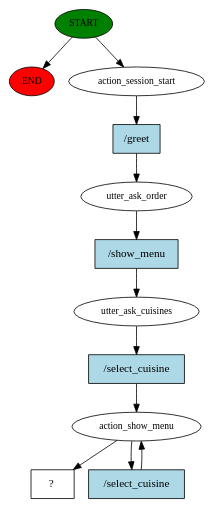
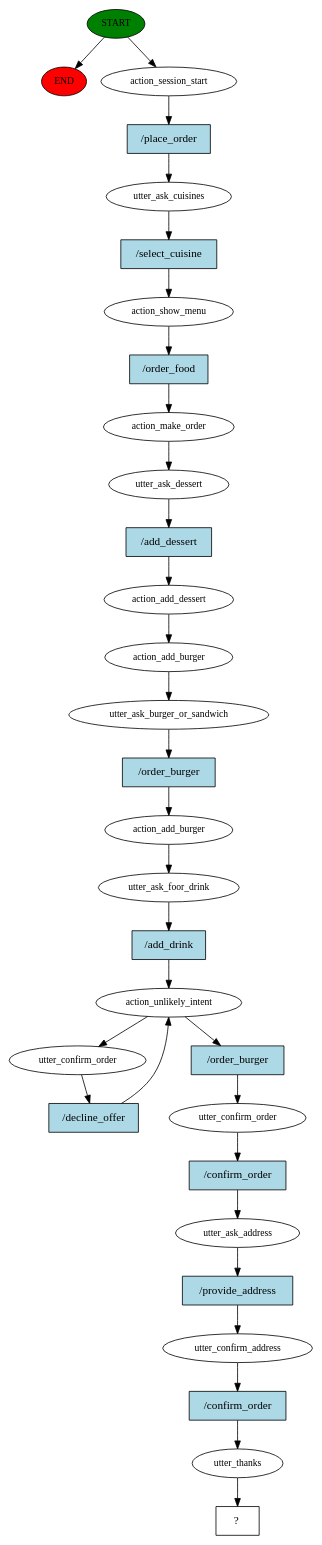
The diagram in story_graph.dot (m-aliabbas/resturant), drawn with Graphviz before and after one commit. The commit also changed 651 other files, not shown here.

```diff
--- a/story_graph.dot
+++ b/story_graph.dot
@@ -1,24 +1,62 @@
 digraph  {
 0 [class="start active", fillcolor=green, fontsize=12, label=START, style=filled];
 "-1" [class=end, fillcolor=red, fontsize=12, label=END, style=filled];
 1 [class=active, fontsize=12, label=action_session_start];
-2 [class=active, fontsize=12, label=utter_ask_order];
-3 [class=active, fontsize=12, label=utter_ask_cuisines];
-4 [class=active, fontsize=12, label=action_show_menu];
-6 [class="intent dashed active", label="  ?  ", shape=rect];
-7 [class="intent active", fillcolor=lightblue, label="/greet", shape=rect, style=filled];
-8 [class="intent active", fillcolor=lightblue, label="/show_menu", shape=rect, style=filled];
-9 [class="intent active", fillcolor=lightblue, label="/select_cuisine", shape=rect, style=filled];
-10 [class="intent active", fillcolor=lightblue, label="/select_cuisine", shape=rect, style=filled];
+2 [class=active, fontsize=12, label=utter_ask_cuisines];
+3 [class=active, fontsize=12, label=action_show_menu];
+4 [class=active, fontsize=12, label=action_make_order];
+5 [class=active, fontsize=12, label=utter_ask_dessert];
+6 [class=active, fontsize=12, label=action_add_dessert];
+7 [class=active, fontsize=12, label=action_add_burger];
+8 [class=active, fontsize=12, label=utter_ask_burger_or_sandwich];
+9 [class=active, fontsize=12, label=action_add_burger];
+10 [class=active, fontsize=12, label=utter_ask_foor_drink];
+11 [class=active, fontsize=12, label=action_unlikely_intent];
+12 [class=active, fontsize=12, label=utter_confirm_order];
+14 [class=active, fontsize=12, label=utter_confirm_order];
+15 [class=active, fontsize=12, label=utter_ask_address];
+16 [class=active, fontsize=12, label=utter_confirm_address];
+17 [class=active, fontsize=12, label=utter_thanks];
+18 [class="intent dashed active", label="  ?  ", shape=rect];
+19 [class="intent active", fillcolor=lightblue, label="/place_order", shape=rect, style=filled];
+20 [class="intent active", fillcolor=lightblue, label="/select_cuisine", shape=rect, style=filled];
+21 [class="intent active", fillcolor=lightblue, label="/order_food", shape=rect, style=filled];
+22 [class="intent active", fillcolor=lightblue, label="/add_dessert", shape=rect, style=filled];
+23 [class="intent active", fillcolor=lightblue, label="/order_burger", shape=rect, style=filled];
+24 [class="intent active", fillcolor=lightblue, label="/add_drink", shape=rect, style=filled];
+25 [class="intent active", fillcolor=lightblue, label="/order_burger", shape=rect, style=filled];
+26 [class="intent active", fillcolor=lightblue, label="/decline_offer", shape=rect, style=filled];
+27 [class="intent active", fillcolor=lightblue, label="/confirm_order", shape=rect, style=filled];
+28 [class="intent active", fillcolor=lightblue, label="/provide_address", shape=rect, style=filled];
+29 [class="intent active", fillcolor=lightblue, label="/confirm_order", shape=rect, style=filled];
 0 -> "-1"  [class="", key=NONE, label=""];
 0 -> 1  [class=active, key=NONE, label=""];
-1 -> 7  [class=active, key=0];
-2 -> 8  [class=active, key=0];
-3 -> 9  [class=active, key=0];
-4 -> 6  [class=active, key=NONE, label=""];
-4 -> 10  [class=active, key=0];
-7 -> 2  [class=active, key=0];
-8 -> 3  [class=active, key=0];
-9 -> 4  [class=active, key=0];
-10 -> 4  [class=active, key=0];
+1 -> 19  [class=active, key=0];
+2 -> 20  [class=active, key=0];
+3 -> 21  [class=active, key=0];
+4 -> 5  [class=active, key=NONE, label=""];
+5 -> 22  [class=active, key=0];
+6 -> 7  [class=active, key=NONE, label=""];
+7 -> 8  [class=active, key=NONE, label=""];
+8 -> 23  [class=active, key=0];
+9 -> 10  [class=active, key=NONE, label=""];
+10 -> 24  [class=active, key=0];
+11 -> 12  [class=active, key=NONE, label=""];
+11 -> 25  [class=active, key=0];
+12 -> 26  [class=active, key=0];
+14 -> 27  [class=active, key=0];
+15 -> 28  [class=active, key=0];
+16 -> 29  [class=active, key=0];
+17 -> 18  [class=active, key=NONE, label=""];
+19 -> 2  [class=active, key=0];
+20 -> 3  [class=active, key=0];
+21 -> 4  [class=active, key=0];
+22 -> 6  [class=active, key=0];
+23 -> 9  [class=active, key=0];
+24 -> 11  [class=active, key=0];
+25 -> 14  [class=active, key=0];
+26 -> 11  [class=active, key=0];
+27 -> 15  [class=active, key=0];
+28 -> 16  [class=active, key=0];
+29 -> 17  [class=active, key=0];
 }
```
